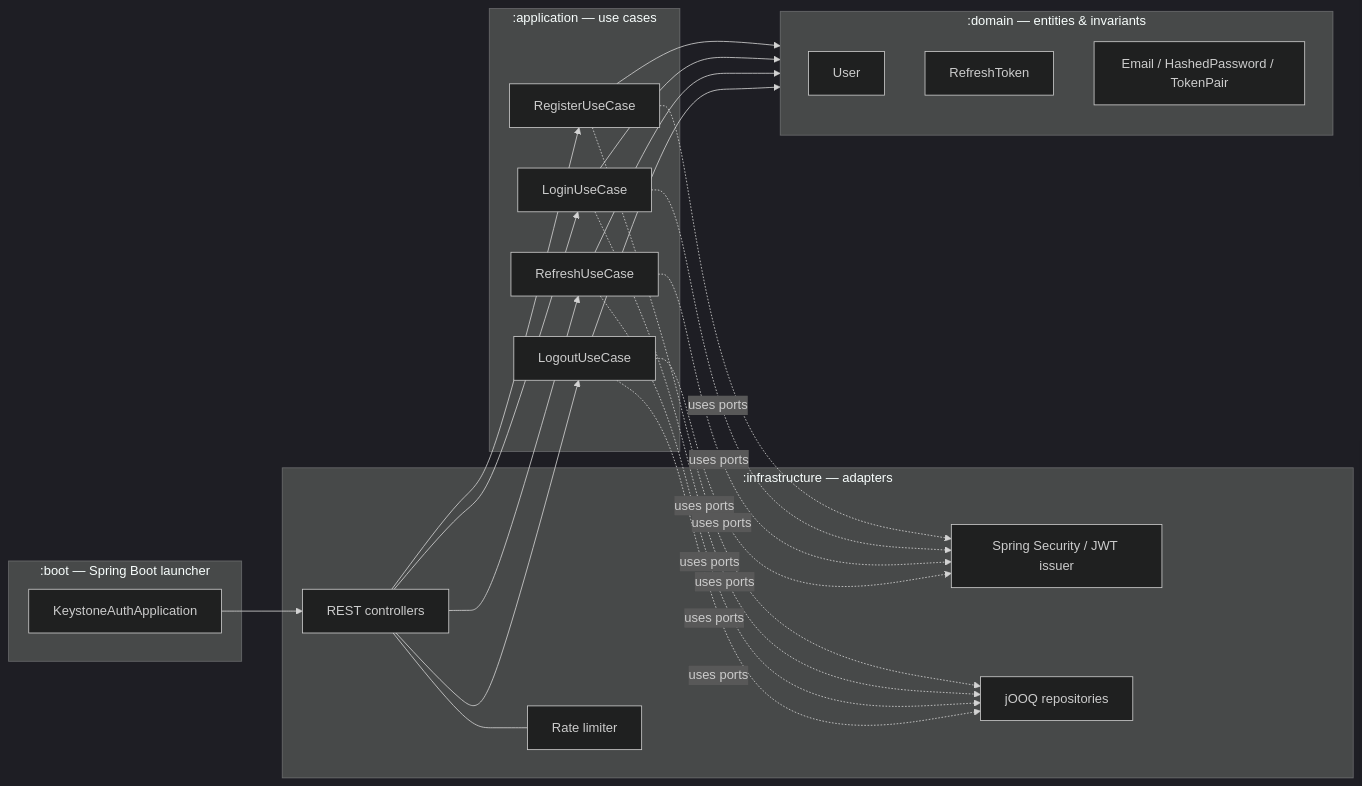
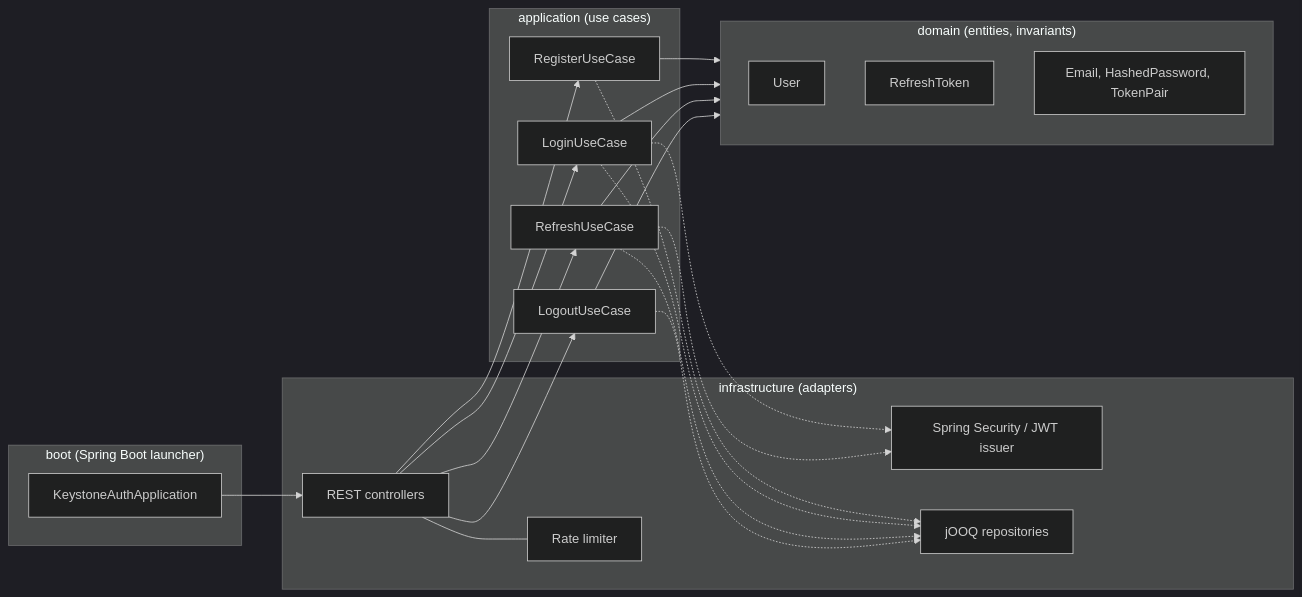
One commit to isnow-git/keystone-auth changed the first of 3 diagrams in README.md. Above: the diagram before and after it, drawn with Mermaid (dark theme). The commit also changed other lines of this file, not shown here.

Commit message:
fix(docs): clean up Mermaid diagrams for reliable GitHub rendering
Three changes, one per diagram:

1. Flowchart — replace em-dashes and the `&` joiner in subgraph titles
   with plain ASCII; expand the `A & B & C --> X` shorthand into
   individual edges. The shorthand renders inconsistently across
   Mermaid versions and the special characters trip a few parsers.

2. Sequence diagram — drop every `<br/>` from inline Notes. GitHub's
   Mermaid renderer rejects line-break markup inside Notes, which is
   the residual bug from the earlier "Mermaid sequence" fix; the
   previous patch only moved `<br/>` from self-arrows into Notes, it
   did not actually remove them. Notes are now single-line; the
   non-essential parenthetical detail moves to prose around the
   diagram.

3. State diagram — replace the `Used --> Used` self-transition with a
   direct `Used --> Revoked` edge. The reuse-detection outcome is
   "family revoked", so the new edge captures the intent without
   needing a self-loop that some renderers draw poorly.

````diff
--- a/README.md
+++ b/README.md
@@ -25,33 +25,43 @@
 ```mermaid
 flowchart LR
-    subgraph boot[":boot — Spring Boot launcher"]
-        Main[KeystoneAuthApplication]
+    subgraph boot["boot (Spring Boot launcher)"]
+        Main["KeystoneAuthApplication"]
     end
 
-    subgraph infra[":infrastructure — adapters"]
-        REST[REST controllers]
-        SEC[Spring Security / JWT issuer]
-        JOOQ[jOOQ repositories]
-        RL[Rate limiter]
+    subgraph infra["infrastructure (adapters)"]
+        REST["REST controllers"]
+        SEC["Spring Security / JWT issuer"]
+        JOOQ["jOOQ repositories"]
+        RL["Rate limiter"]
     end
 
-    subgraph app[":application — use cases"]
-        UC1[RegisterUseCase]
-        UC2[LoginUseCase]
-        UC3[RefreshUseCase]
-        UC4[LogoutUseCase]
+    subgraph app["application (use cases)"]
+        UC1["RegisterUseCase"]
+        UC2["LoginUseCase"]
+        UC3["RefreshUseCase"]
+        UC4["LogoutUseCase"]
     end
 
-    subgraph dom[":domain — entities & invariants"]
-        U[User]
-        RT[RefreshToken]
-        VO[Email / HashedPassword / TokenPair]
+    subgraph dom["domain (entities, invariants)"]
+        U["User"]
+        RT["RefreshToken"]
+        VO["Email, HashedPassword, TokenPair"]
     end
 
     Main --> REST
-    REST --> UC1 & UC2 & UC3 & UC4
-    UC1 & UC2 & UC3 & UC4 --> dom
-    UC1 & UC2 & UC3 & UC4 -.uses ports.-> JOOQ
-    UC1 & UC2 & UC3 & UC4 -.uses ports.-> SEC
+    REST --> UC1
+    REST --> UC2
+    REST --> UC3
+    REST --> UC4
+    UC1 --> dom
+    UC2 --> dom
+    UC3 --> dom
+    UC4 --> dom
+    UC1 -.-> JOOQ
+    UC2 -.-> JOOQ
+    UC3 -.-> JOOQ
+    UC4 -.-> JOOQ
+    UC2 -.-> SEC
+    UC3 -.-> SEC
     REST --- RL
 ```
````
